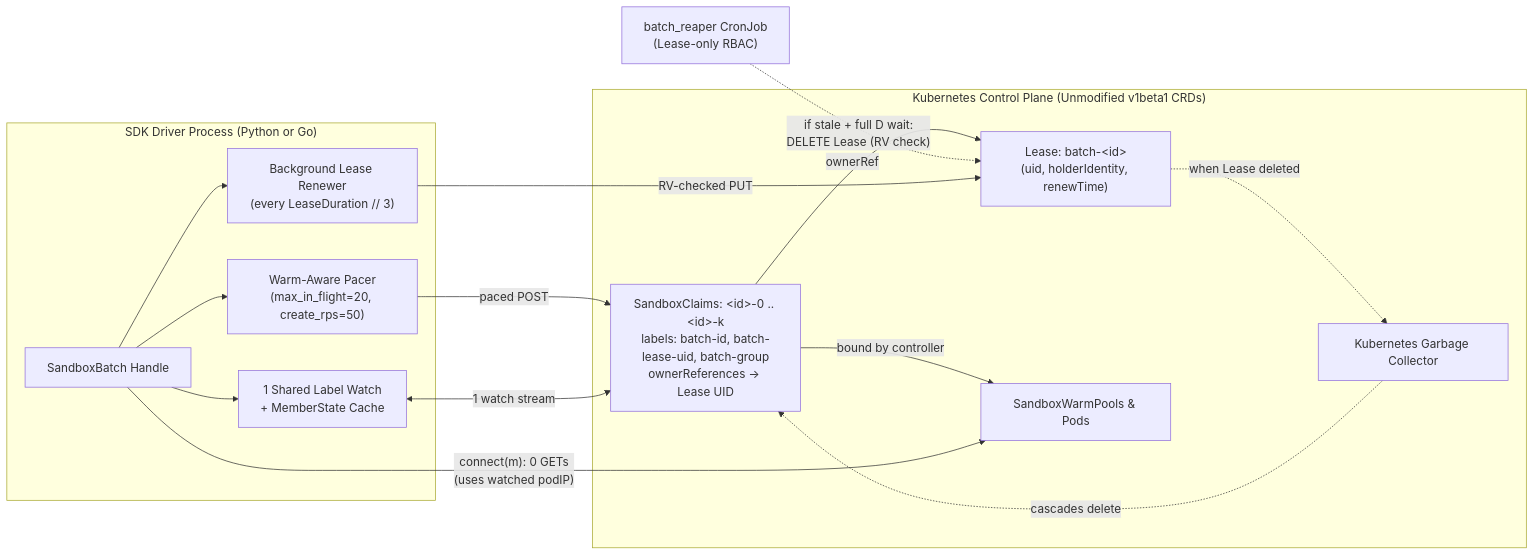
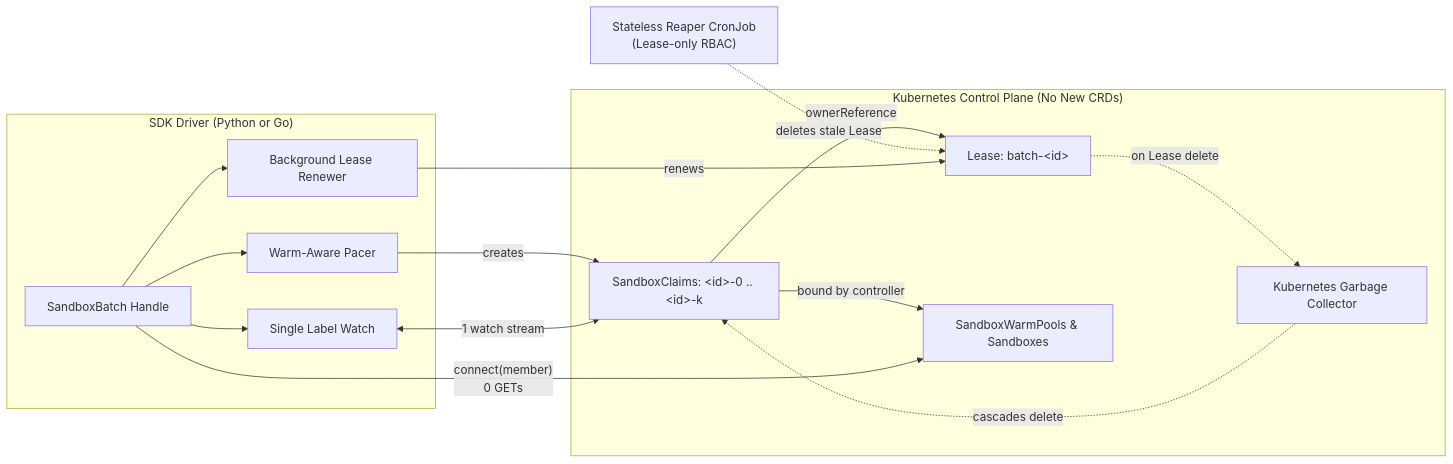
Before and after one commit to briankhoi/agent-sandbox: the first of 3 diagrams in batch-primitives/deliverables/batch_claim_proposal_restructured.md, drawn with Mermaid. The commit also changed other lines of this file and 2 other files, not shown here.

First line of the commit message:
docs(batch-primitives): tighten Version B design doc scope and readability

````diff
--- a/batch-primitives/deliverables/batch_claim_proposal_restructured.md
+++ b/batch-primitives/deliverables/batch_claim_proposal_restructured.md
@@ -30,29 +42,29 @@
 ```mermaid
 flowchart LR
-    subgraph Driver["SDK Driver Process (Python or Go)"]
+    subgraph Driver["SDK Driver (Python or Go)"]
         Handle["SandboxBatch Handle"]
-        Pacer["Warm-Aware Pacer<br/>(max_in_flight=20, create_rps=50)"]
-        Watcher["1 Shared Label Watch<br/>+ MemberState Cache"]
-        Renewer["Background Lease Renewer<br/>(every LeaseDuration // 3)"]
+        Pacer["Warm-Aware Pacer"]
+        Watcher["Single Label Watch"]
+        Renewer["Background Lease Renewer"]
         Handle --> Pacer
         Handle --> Watcher
         Handle --> Renewer
     end
 
-    subgraph K8s["Kubernetes Control Plane (Unmodified v1beta1 CRDs)"]
-        Lease["Lease: batch-&lt;id&gt;<br/>(uid, holderIdentity, renewTime)"]
-        Claims["SandboxClaims: &lt;id&gt;-0 .. &lt;id&gt;-k<br/>labels: batch-id, batch-lease-uid, batch-group<br/>ownerReferences -&gt; Lease UID"]
-        Pools["SandboxWarmPools &amp; Pods"]
+    subgraph K8s["Kubernetes Control Plane (No New CRDs)"]
+        Lease["Lease: batch-&lt;id&gt;"]
+        Claims["SandboxClaims: &lt;id&gt;-0 .. &lt;id&gt;-k"]
+        Pools["SandboxWarmPools &amp; Sandboxes"]
         GC["Kubernetes Garbage Collector"]
-        Claims -->|"ownerRef"| Lease
+        Claims -->|"ownerReference"| Lease
         Claims -->|"bound by controller"| Pools
-        Lease -.->|"when Lease deleted"| GC
+        Lease -.->|"on Lease delete"| GC
         GC -.->|"cascades delete"| Claims
     end
 
-    Reaper["batch_reaper CronJob<br/>(Lease-only RBAC)"] -.->|"if stale + full D wait:<br/>DELETE Lease (RV check)"| Lease
-    Pacer -->|"paced POST"| Claims
+    Reaper["Stateless Reaper CronJob<br/>(Lease-only RBAC)"] -.->|"deletes stale Lease"| Lease
+    Pacer -->|"creates"| Claims
     Watcher <-->|"1 watch stream"| Claims
-    Renewer -->|"RV-checked PUT"| Lease
-    Handle -->|"connect(m): 0 GETs<br/>(uses watched podIP)"| Pools
+    Renewer -->|"renews"| Lease
+    Handle -->|"connect(member)<br/>0 GETs"| Pools
 ```
````
